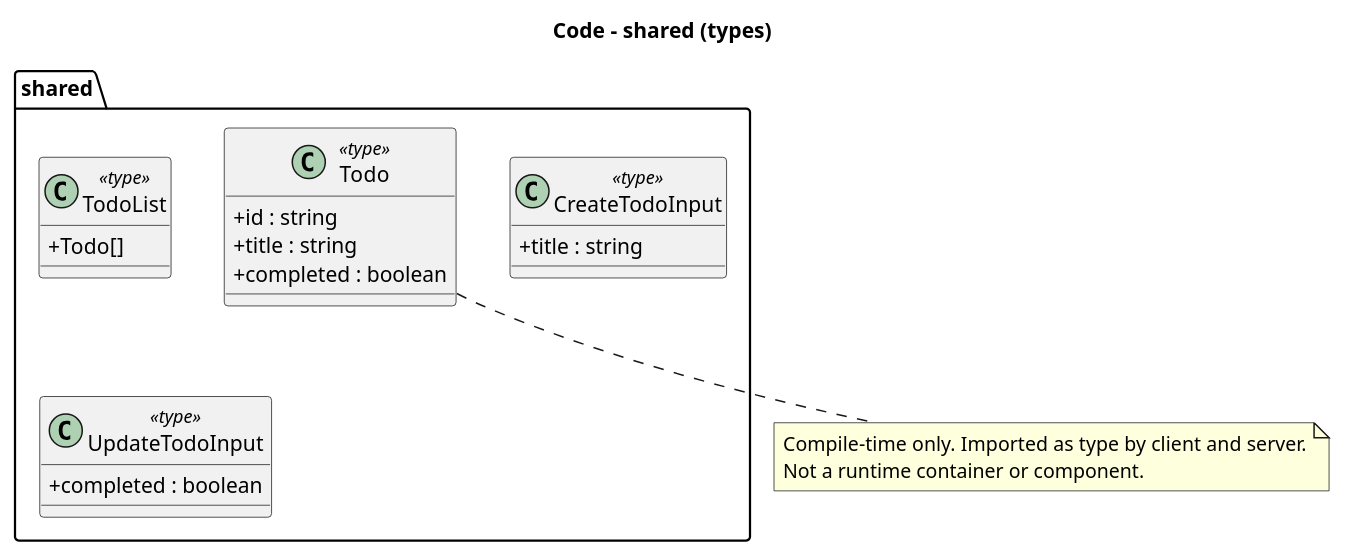
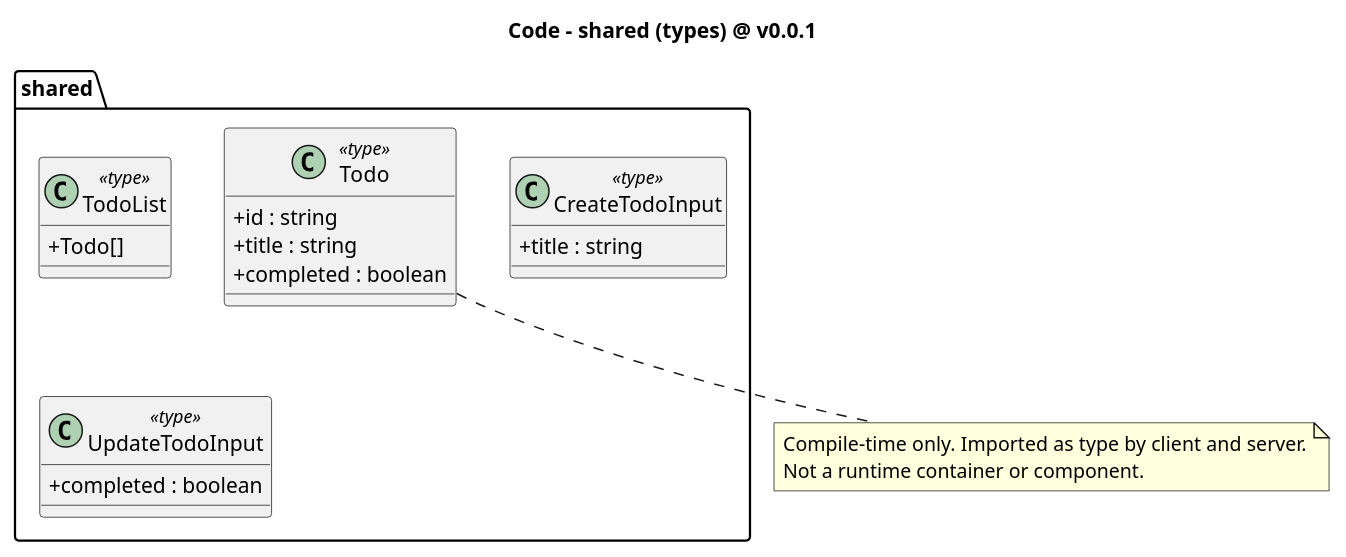
Before and after one commit to MemoryIt/todo: the diagram in docs/architecture/diagrams/04a-code-shared.puml, drawn with PlantUML. The commit also changed 10 other files, not shown here.

Commit message:
docs(diagrams): add the v0.0.1 version anchor to diagram titles

```diff
--- a/docs/architecture/diagrams/04a-code-shared.puml
+++ b/docs/architecture/diagrams/04a-code-shared.puml
@@ -1,27 +1,27 @@
 @startuml
-title Code - shared (types)
+title Code - shared (types) @ v0.0.1
 skinparam classAttributeIconSize 0
 
 package "shared" {
   class Todo <<type>> {
     +id : string
     +title : string
     +completed : boolean
   }
   class TodoList <<type>> {
     +Todo[]
   }
   class CreateTodoInput <<type>> {
     +title : string
   }
   class UpdateTodoInput <<type>> {
     +completed : boolean
   }
 }
 
 note bottom of Todo
   Compile-time only. Imported as type by client and server.
   Not a runtime container or component.
 end note
 
 @enduml
```
